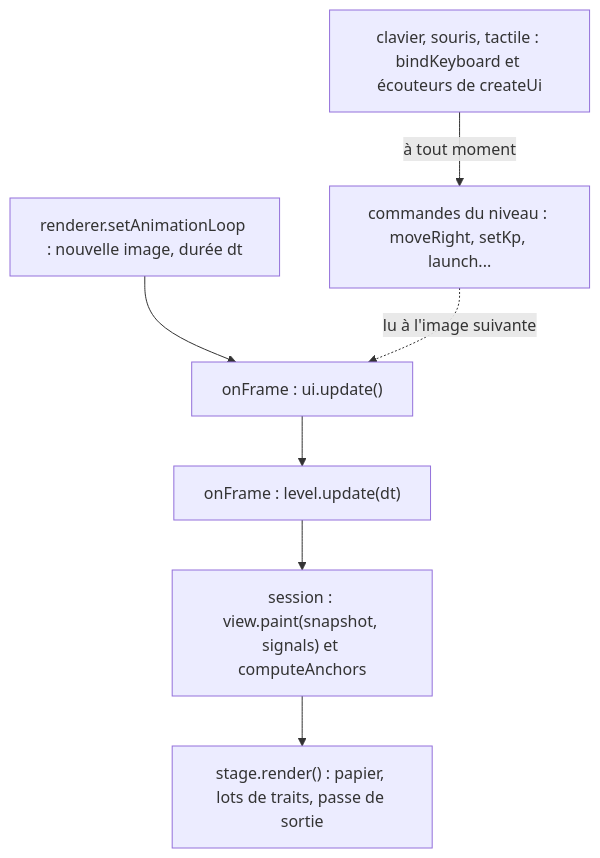
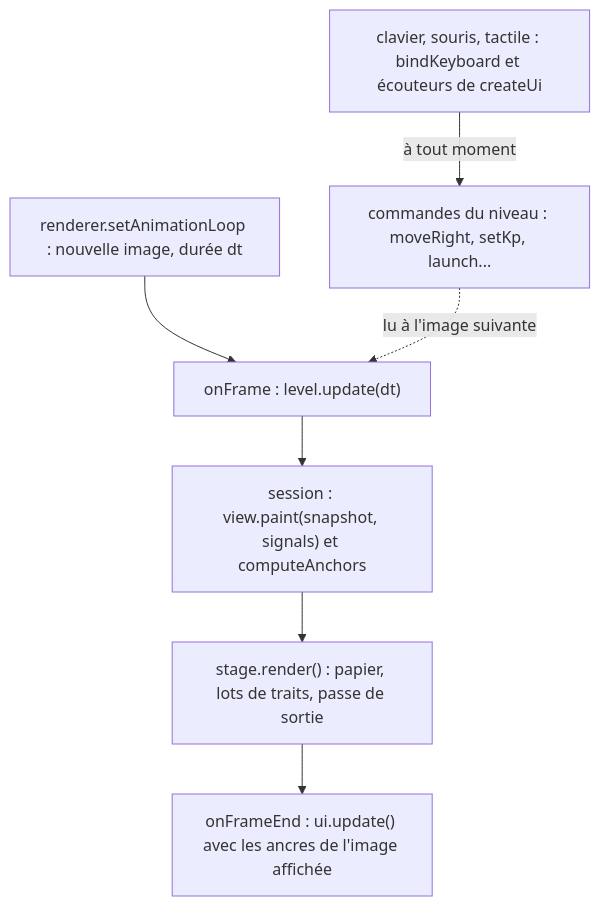
One commit to lucashg7892/pid-game changed the first of 2 diagrams in docs/architecture.md. Above: the diagram before and after it, drawn with Mermaid. The commit also changed other lines of this file and 14 other files, not shown here.

````diff
--- a/docs/architecture.md
+++ b/docs/architecture.md
@@ -67,9 +67,9 @@
 ```mermaid
 flowchart TD
   K["clavier, souris, tactile : bindKeyboard et écouteurs de createUi"] -- "à tout moment" --> L["commandes du niveau : moveRight, setKp, launch..."]
-  RAF["renderer.setAnimationLoop : nouvelle image, durée dt"] --> UI["onFrame : ui.update()"]
-  UI --> UP["onFrame : level.update(dt)"]
+  RAF["renderer.setAnimationLoop : nouvelle image, durée dt"] --> UP["onFrame : level.update(dt)"]
   UP --> P["session : view.paint(snapshot, signals) et computeAnchors"]
   P --> D["stage.render() : papier, lots de traits, passe de sortie"]
-  L -. "lu à l'image suivante" .-> UI
+  D --> UI["onFrameEnd : ui.update() avec les ancres de l'image affichée"]
+  L -. "lu à l'image suivante" .-> UP
 ```
````
